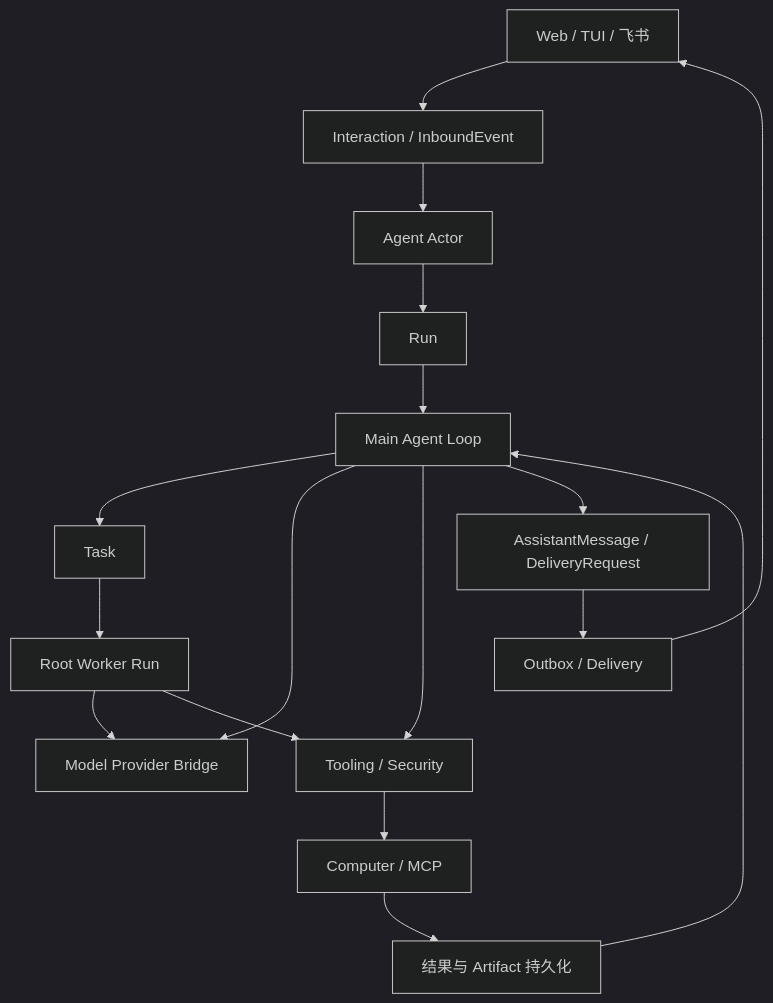
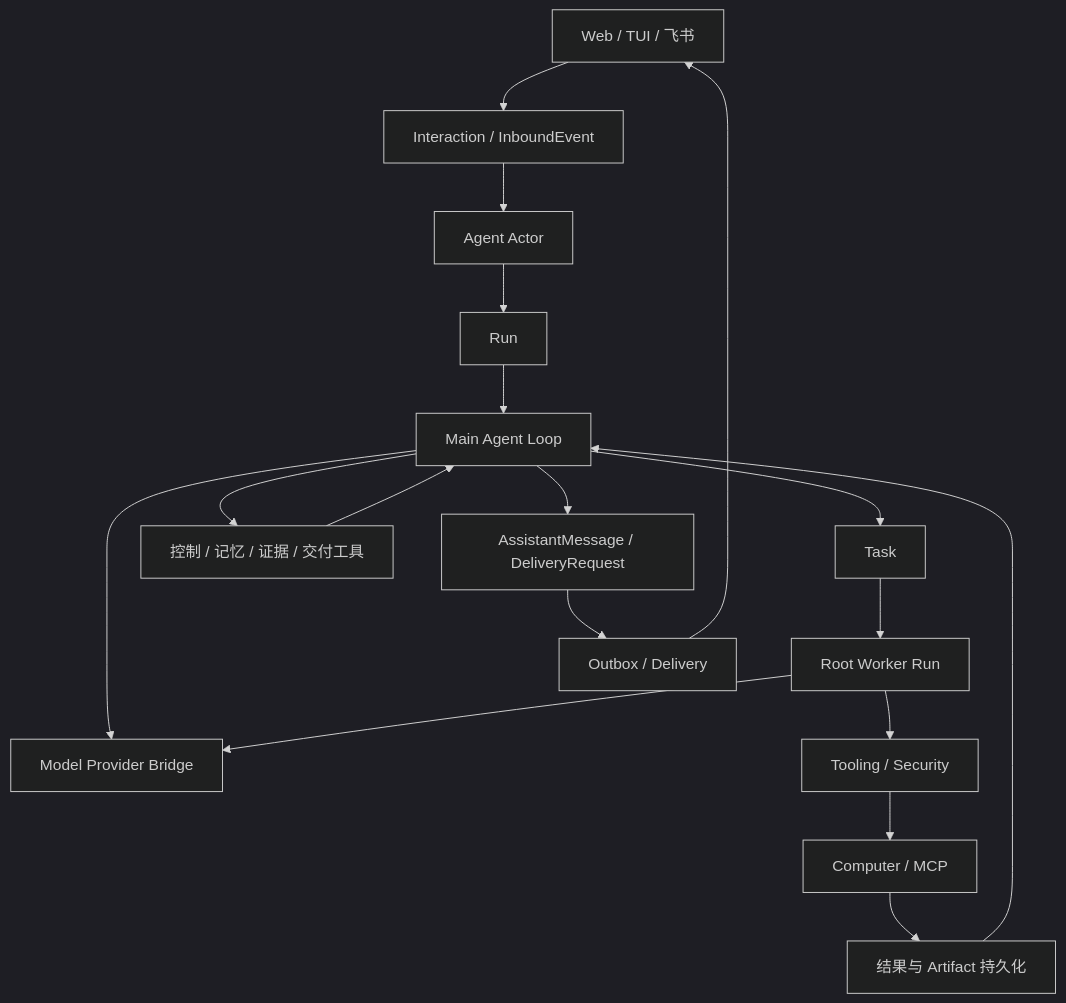
The fourth of 4 diagrams in docs/designs/product-overview.md (z-chenhao/assistant), drawn with Mermaid (dark theme) before and after one commit. The commit also changed other lines of this file and 263 other files, not shown here.

````diff
--- a/docs/designs/product-overview.md
+++ b/docs/designs/product-overview.md
@@ -117,19 +117,20 @@
 ```mermaid
 flowchart TD
     C["Web / TUI / 飞书"] --> I["Interaction / InboundEvent"]
     I --> A["Agent Actor"]
     A --> R["Run"]
     R --> M["Main Agent Loop"]
     M --> K["Task"]
     K --> W["Root Worker Run"]
     M --> L["Model Provider Bridge"]
     W --> L
-    M --> T["Tooling / Security"]
-    W --> T
+    M --> V["控制 / 记忆 / 证据 / 交付工具"]
+    V --> M
+    W --> T["Tooling / Security"]
     T --> X["Computer / MCP"]
     X --> P["结果与 Artifact 持久化"]
     P --> M
     M --> D["AssistantMessage / DeliveryRequest"]
     D --> O["Outbox / Delivery"]
     O --> C
 ```
````
